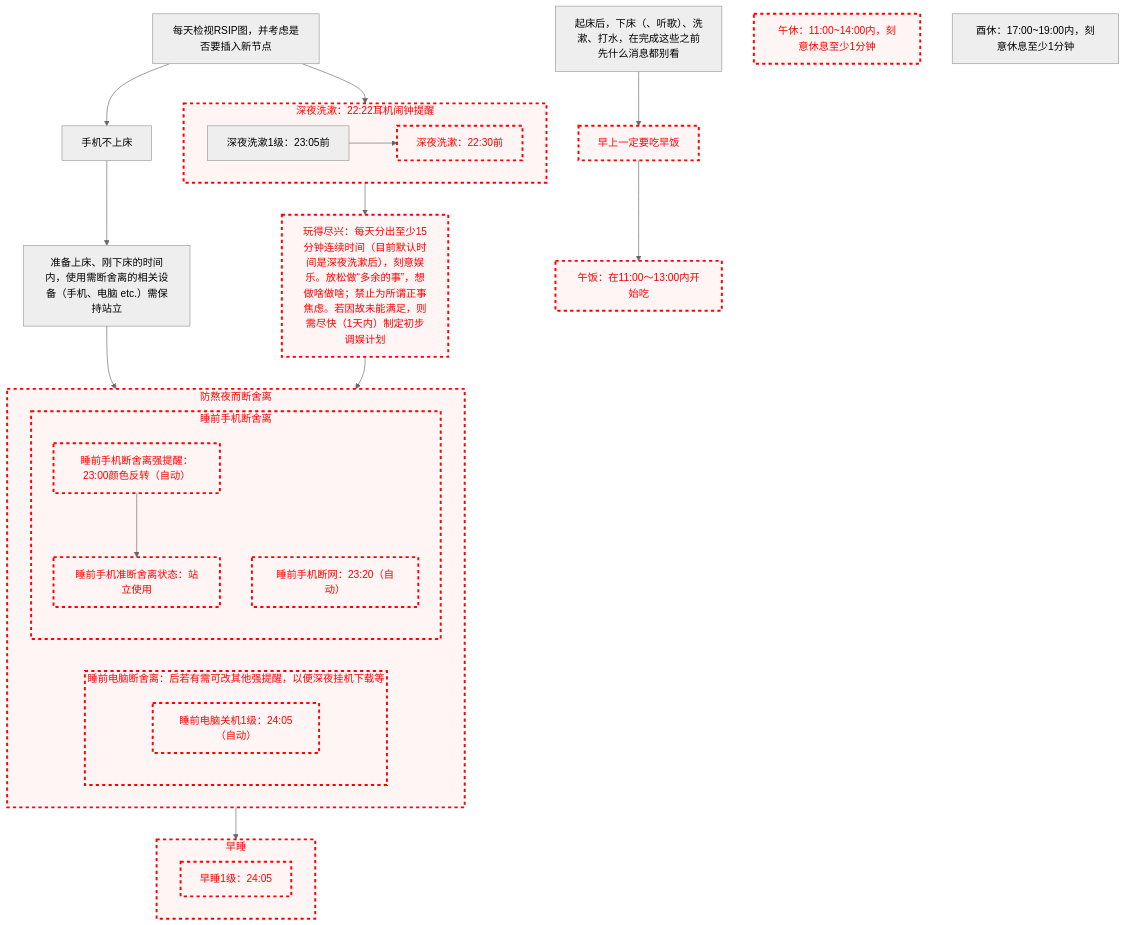
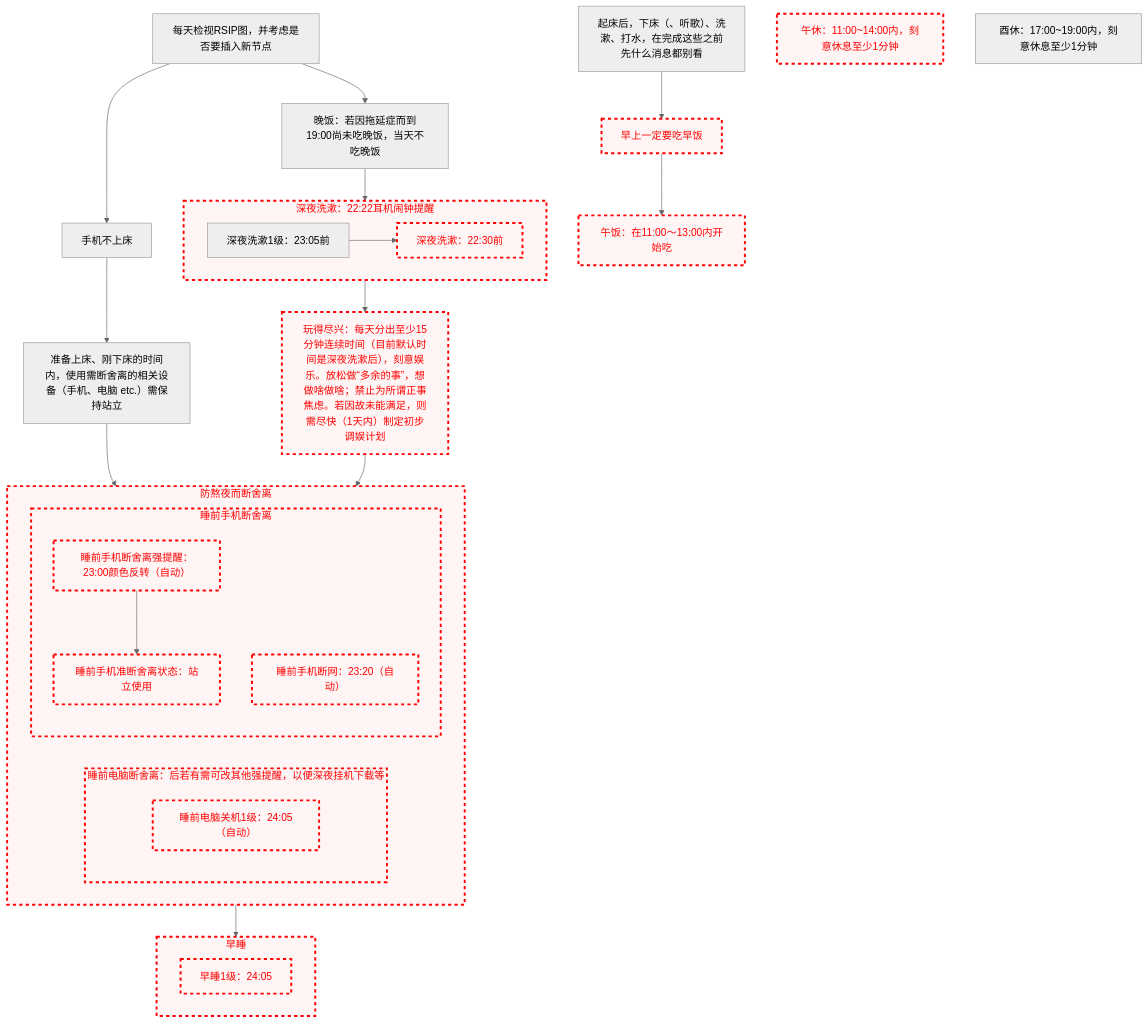
Before and after one commit to Ethkuil/RSIP-tree: the diagram in README.md, drawn with Mermaid (neutral theme).

Commit message:
insert 晚饭: 继续往前追溯
深夜洗漱 由于当时可能被其他事情占据注意力，其实并没有表面上那么简单。试图继续往前追溯。

````diff
--- a/README.md
+++ b/README.md
@@ -14,60 +14,61 @@
 ```mermaid
 graph TD
 
 classDef failed stroke:#ff0000, stroke-width:3px, color:#ff0000, fill:#fff5f5, stroke-dasharray: 5
 
 RSIP[每天检视RSIP图，并考虑是否要插入新节点]
 
 
 RSIP --> 手机不上床
 手机不上床 --> 站立使用[准备上床、刚下床的时间内，使用需断舍离的相关设备（手机、电脑 etc.）需保持站立]
 
-RSIP --> 深夜洗漱
+RSIP --> 晚饭[晚饭：若因拖延症而到19:00尚未吃晚饭，当天不吃晚饭]
+晚饭 --> 深夜洗漱
 subgraph 深夜洗漱[深夜洗漱：22:22耳机闹钟提醒]
   深夜洗漱1级[深夜洗漱1级：23:05前]
   深夜洗漱1级 --> 深夜洗漱最高级[深夜洗漱：22:30前]
   class 深夜洗漱最高级 failed
 end
 class 深夜洗漱 failed
 深夜洗漱 --> 玩得尽兴[玩得尽兴：每天分出至少15分钟连续时间（目前默认时间是深夜洗漱后），刻意娱乐。放松做“多余的事”，想做啥做啥；禁止为所谓正事焦虑。若因故未能满足，则需尽快（1天内）制定初步调娱计划]
 class 玩得尽兴 failed
 
 站立使用 --> 防熬夜而断舍离
 玩得尽兴 --> 防熬夜而断舍离
 subgraph 防熬夜而断舍离
   subgraph 睡前电脑断舍离[睡前电脑断舍离：后若有需可改其他强提醒，以便深夜挂机下载等]
     睡前电脑关机1级[睡前电脑关机1级：24:05（自动）]
     class 睡前电脑关机1级 failed
   end
   class 睡前电脑断舍离 failed
 
   subgraph 睡前手机断舍离
     睡前手机断舍离强提醒[睡前手机断舍离强提醒：23:00颜色反转（自动）]
     class 睡前手机断舍离强提醒 failed
     睡前手机断舍离强提醒 --> 睡前手机准断舍离状态[睡前手机准断舍离状态：站立使用]
     class 睡前手机准断舍离状态 failed
     睡前手机断网[睡前手机断网：23:20（自动）]
     class 睡前手机断网 failed
   end
   class 睡前手机断舍离 failed
 end
 class 防熬夜而断舍离 failed
 防熬夜而断舍离 --> 早睡
 subgraph 早睡
   早睡1级[早睡1级：24:05]
   class 早睡1级 failed
 end
 class 早睡 failed
 
 
 清晨洗漱[起床后，下床（、听歌）、洗漱、打水，在完成这些之前先什么消息都别看]
 
 清晨洗漱 --> 早饭[早上一定要吃早饭]
 class 早饭 failed
 早饭 --> 午饭[午饭：在11:00～13:00内开始吃]
 class 午饭 failed
 
 午休[午休：11:00~14:00内，刻意休息至少1分钟]
 class 午休 failed
 酉休[酉休：17:00~19:00内，刻意休息至少1分钟]
 ```
````
